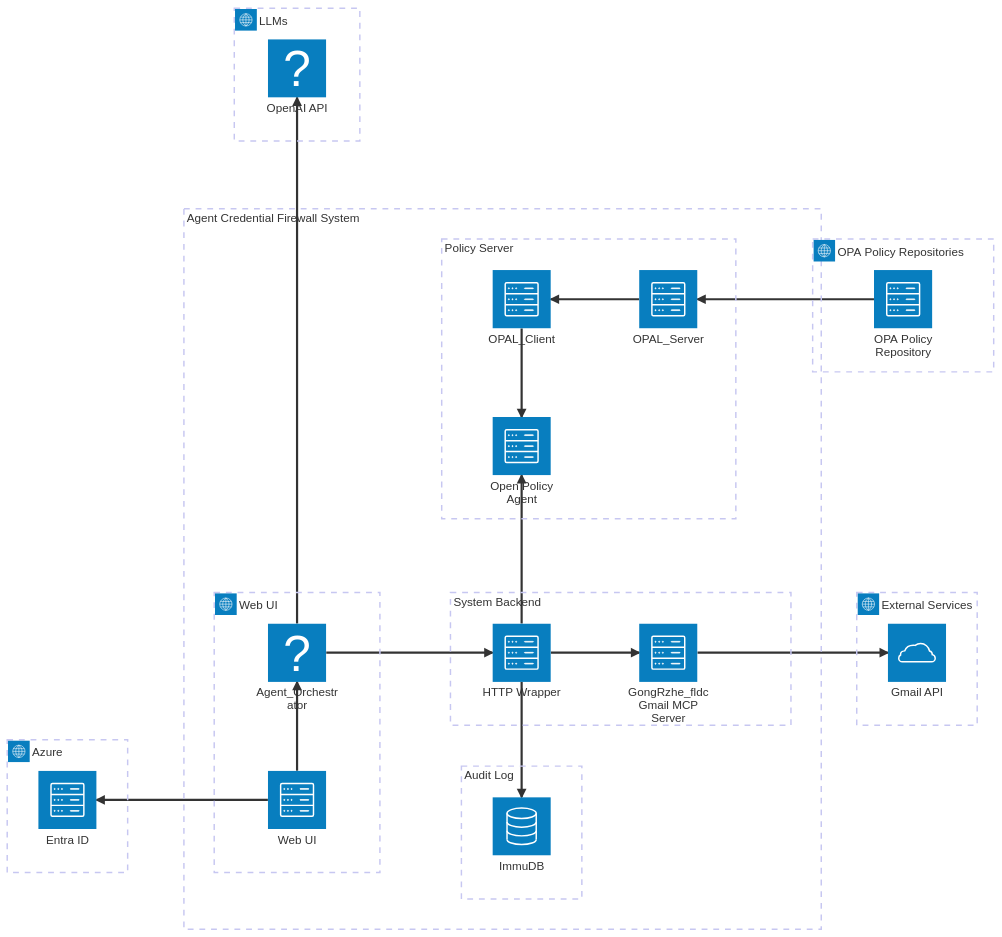
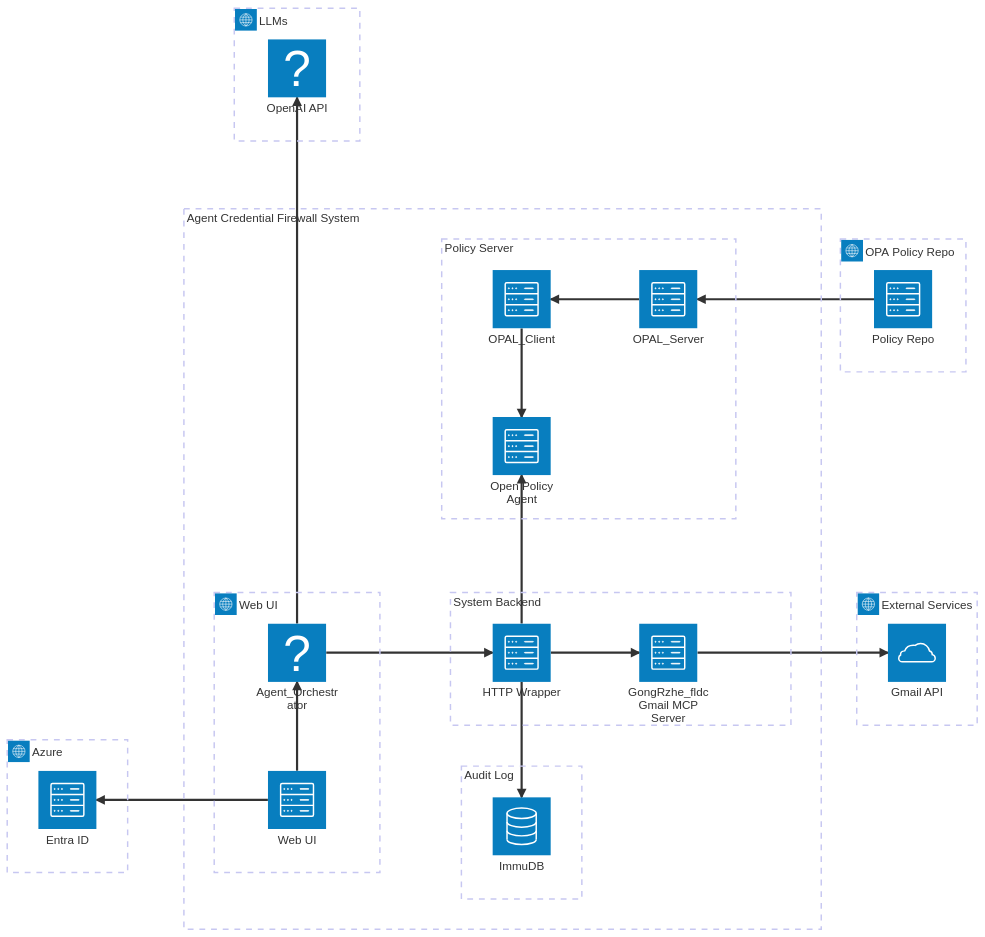
One commit to Blizzard-Of-Oz/cyber295-team3 changed the diagram in Diagrams/architecture.mmd. Above: the diagram before and after it, drawn with Mermaid.

Commit message:
avoid box overlaps (#17)

```diff
--- a/Diagrams/architecture.mmd
+++ b/Diagrams/architecture.mmd
@@ -1,41 +1,41 @@
 ---
 config:
   theme: mc
 ---
 architecture-beta
 
   group g_ACF[Agent Credential Firewall System]
   group g_ui(internet) [Web UI] in g_ACF
   group g_entraid(internet) [Azure]
   group g_llms(internet)[LLMs]
   group g_mcp[System Backend] in g_ACF
   group g_db[Audit Log] in g_ACF
   group g_opa[Policy Server] in g_ACF
   group g_ext(internet)[External Services]
-  group g_opa_policy(internet)[OPA Policy Repositories]
+  group g_opa_policy(internet)[OPA Policy Repo]
 
   service web(server)[Web UI] in g_ui
   service entraid(server)[Entra ID] in g_entraid
   service agent(brain)[Agent_Orchestrator] in g_ui
   service orchestration(brain)[OpenAI API] in g_llms
   service http_wrapper(server)[HTTP Wrapper] in g_mcp
   service mcp(server)[GongRzhe_fldc Gmail MCP Server] in g_mcp
   service extsvc(cloud)[Gmail API] in g_ext
   service auditlog(database)[ImmuDB] in g_db
   service opa(server)[Open Policy Agent] in g_opa
   service opal_server(server)[OPAL_Server] in g_opa
   service opal_client(server)[OPAL_Client] in g_opa
-  service opa_policy_repo(server)[OPA Policy Repository] in g_opa_policy
+  service opa_policy_repo(server)[Policy Repo] in g_opa_policy
 
 
   web:L --> R:entraid
   web:T --> B:agent
   agent:T --> B:orchestration
   agent:R --> L:http_wrapper
   http_wrapper:R --> L:mcp
   http_wrapper:B --> T:auditlog
   http_wrapper:T --> B:opa
   mcp:R --> L:extsvc
   opa_policy_repo:L --> R:opal_server
   opal_client:B --> T:opa
   opal_server:L --> R:opal_client
```
